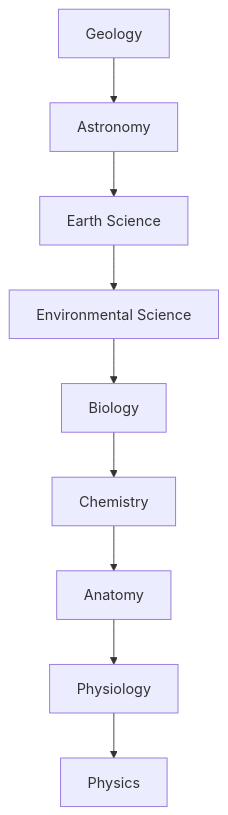
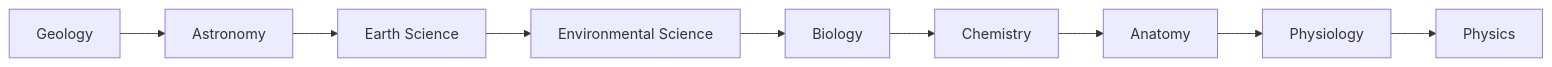
Before and after one commit to RIAHPathway/Website-Draft: diagram 16 of 29 in RIAH-PATHWAY-CURRICULUM-STRUCTURE/RIAH-PATHWAY-HIGH-SCHOOL-STRUCTURE/HIGH-SCHOOL-STRUCTURE.md, drawn with Mermaid. The commit also changed other lines of this file, not shown here.

Commit message:
Match High School Mermaid diagrams to repository working syntax

````diff
--- a/RIAH-PATHWAY-CURRICULUM-STRUCTURE/RIAH-PATHWAY-HIGH-SCHOOL-STRUCTURE/HIGH-SCHOOL-STRUCTURE.md
+++ b/RIAH-PATHWAY-CURRICULUM-STRUCTURE/RIAH-PATHWAY-HIGH-SCHOOL-STRUCTURE/HIGH-SCHOOL-STRUCTURE.md
@@ -701,11 +701,11 @@
 ```mermaid
-graph TD;
-    N0["Geology"] --> N1["Astronomy"];
-    N1["Astronomy"] --> N2["Earth Science"];
-    N2["Earth Science"] --> N3["Environmental Science"];
-    N3["Environmental Science"] --> N4["Biology"];
-    N4["Biology"] --> N5["Chemistry"];
-    N5["Chemistry"] --> N6["Anatomy"];
-    N6["Anatomy"] --> N7["Physiology"];
-    N7["Physiology"] --> N8["Physics"];
+graph LR
+    N0["Geology"] --> N1["Astronomy"]
+    N1["Astronomy"] --> N2["Earth Science"]
+    N2["Earth Science"] --> N3["Environmental Science"]
+    N3["Environmental Science"] --> N4["Biology"]
+    N4["Biology"] --> N5["Chemistry"]
+    N5["Chemistry"] --> N6["Anatomy"]
+    N6["Anatomy"] --> N7["Physiology"]
+    N7["Physiology"] --> N8["Physics"]
 ```
````
